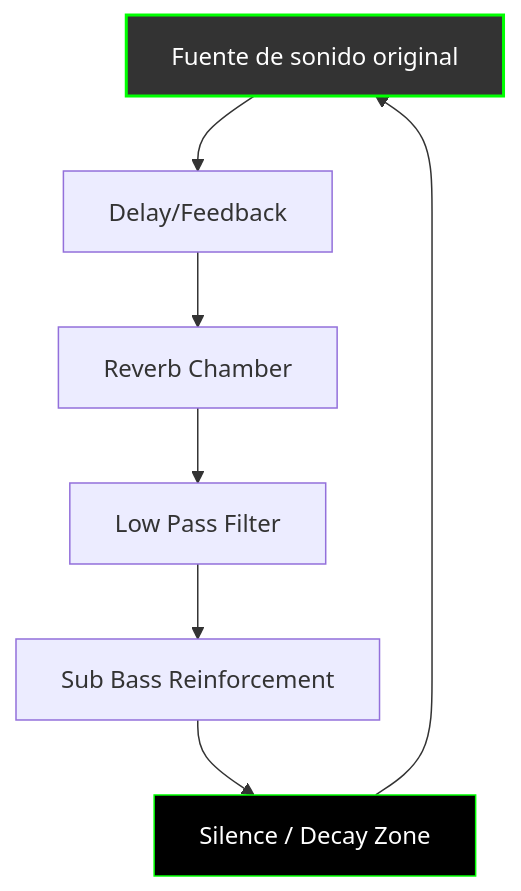
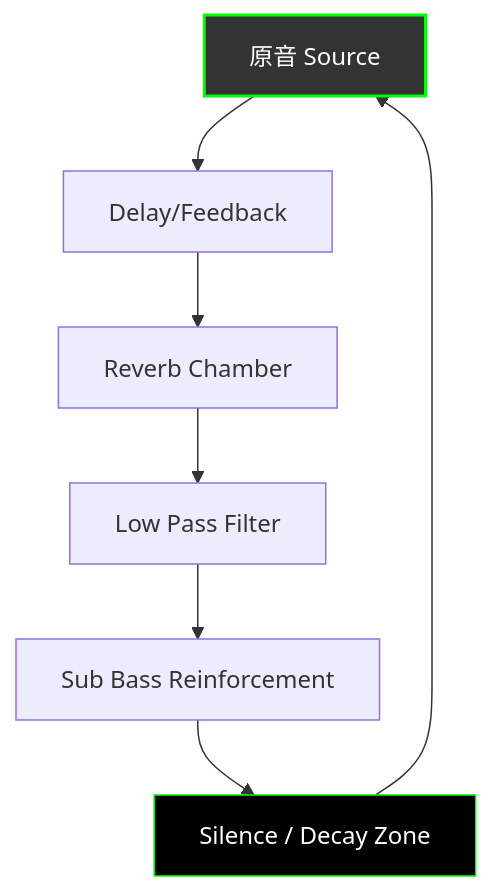
The diagram in es/_posts/2025-11-01-column-basic-channel.md (monumental-movement/monumental-movement.github.io), drawn with Mermaid before and after one commit. The commit also changed other lines of this file and 299 other files, not shown here.

```diff
--- a/es/_posts/2025-11-01-column-basic-channel.md
+++ b/es/_posts/2025-11-01-column-basic-channel.md
@@ -164,13 +164,13 @@
 <div class="mermaid">
 
 graph TD
-    A[Fuente de sonido original] --> B[Delay/Feedback]
+    A[原音 Source] --> B[Delay/Feedback]
     B --> C[Reverb Chamber]
     C --> D[Low Pass Filter]
     D --> E[Sub Bass Reinforcement]
     E --> F[Silence / Decay Zone]
     F --> A
     style A fill:#333,stroke:#0f0,stroke-width:2px,color:#fff
     style F fill:#000,stroke:#0f0,color:#fff
 
 </div>
```
